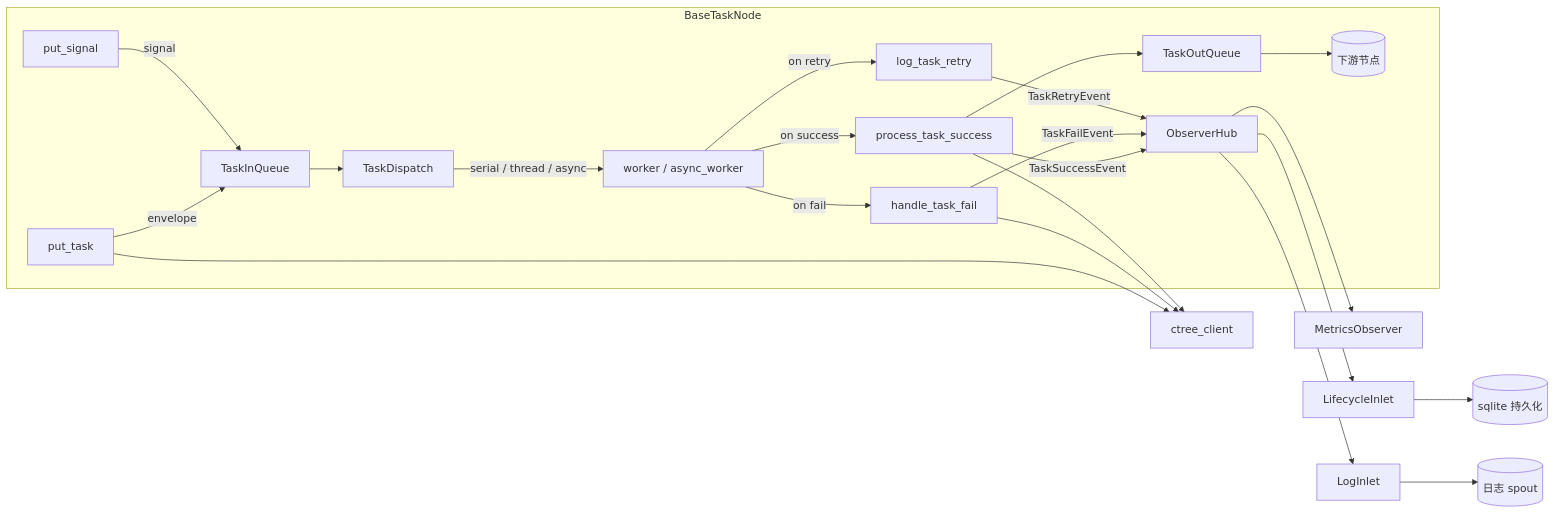
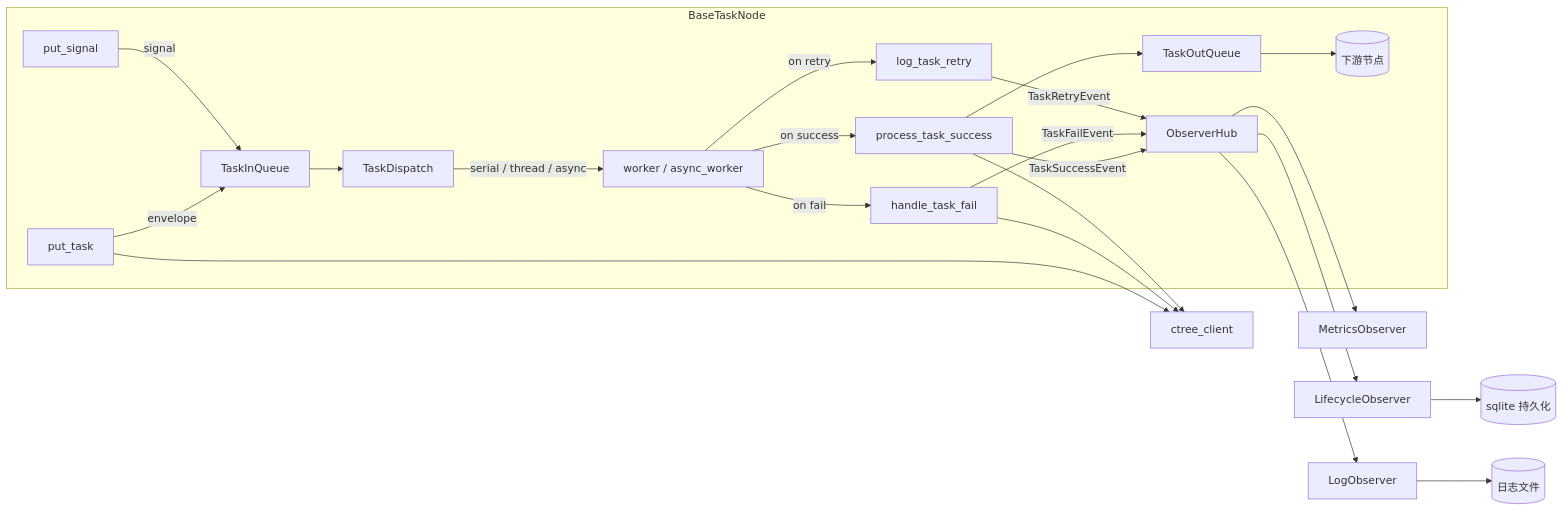
Before and after one commit to Mr-xiaotian/CelestialFlow: the second of 2 diagrams in docs/zh-CN/src/node/core_node.md, drawn with Mermaid. The commit also changed other lines of this file and 86 other files, not shown here.

````diff
--- a/docs/zh-CN/src/node/core_node.md
+++ b/docs/zh-CN/src/node/core_node.md
@@ -227,27 +226,27 @@
 ```mermaid
 flowchart LR
     subgraph "BaseTaskNode"
         PutTask[put_task] -->|envelope| TaskQueue[TaskInQueue]
         PutSignal[put_signal] -->|signal| TaskQueue
         TaskQueue --> Dispatch[TaskDispatch]
         Dispatch -->|serial / thread / async| Worker[worker / async_worker]
         Worker -->|on success| PTS[process_task_success]
         Worker -->|on fail| HTF[handle_task_fail]
         Worker -->|on retry| LTR[log_task_retry]
         PTS --> YieldQueue[TaskOutQueue]
         YieldQueue --> Downstream[(下游节点)]
         PTS -->|TaskSuccessEvent| Hub[ObserverHub]
         HTF -->|TaskFailEvent| Hub
         LTR -->|TaskRetryEvent| Hub
     end
 
     PutTask --> CT[ctree_client]
     HTF --> CT
     PTS --> CT
 
     Hub --> Metrics[MetricsObserver]
-    Hub --> Lifecycle[LifecycleInlet]
-    Hub --> Log[LogInlet]
+    Hub --> Lifecycle[LifecycleObserver]
+    Hub --> Log[LogObserver]
     Lifecycle --> SQLite[(sqlite 持久化)]
-    Log --> LogStore[(日志 spout)]
+    Log --> LogStore[(日志文件)]
 ```
````
